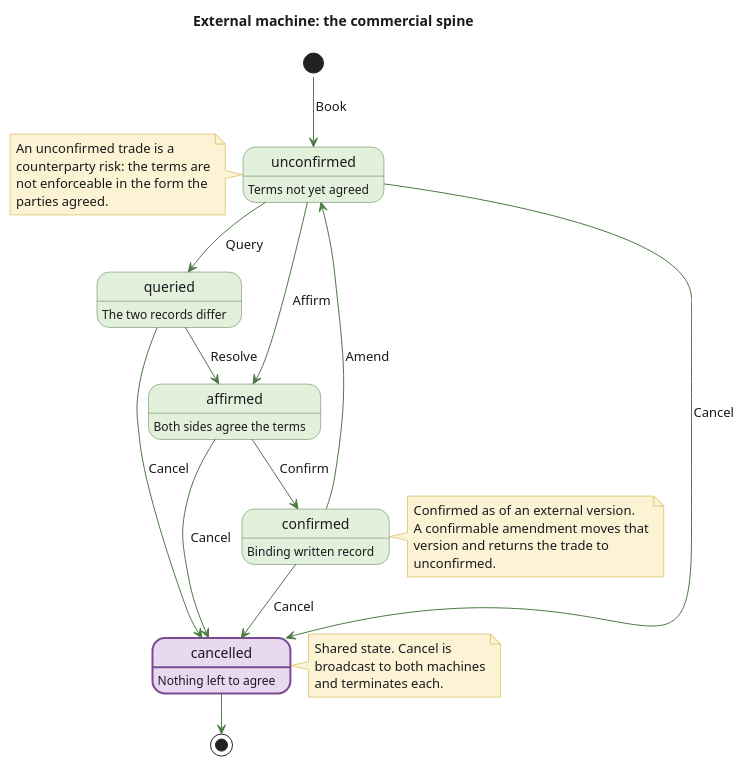
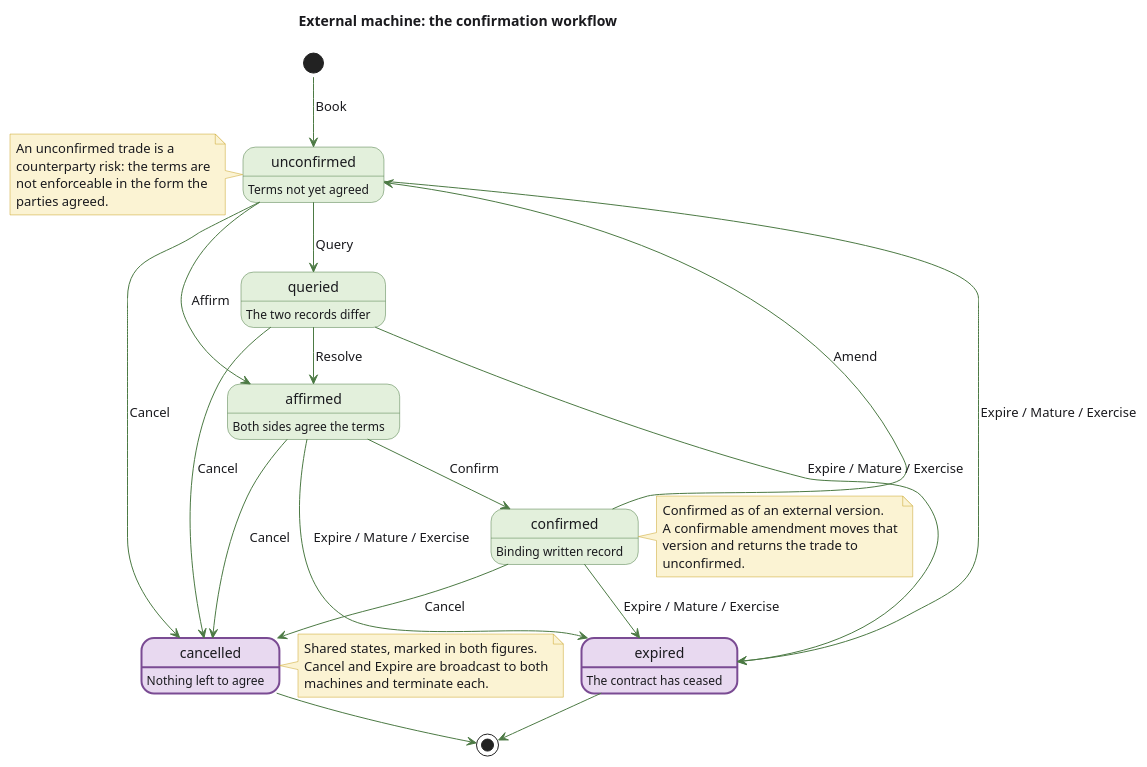
Before and after one commit to OreStudio/OreStudio: the diagram in doc/knowledge/domain/trade_lifecycle_external.puml, drawn with PlantUML. The commit also changed 7 other files, not shown here.

First line of the commit message:
[doc] Make a trade live before it is confirmed, and share expired

```diff
--- a/doc/knowledge/domain/trade_lifecycle_external.puml
+++ b/doc/knowledge/domain/trade_lifecycle_external.puml
@@ -18,68 +18,75 @@
 @startuml
 !pragma layout smetana
 
-title External machine: the commercial spine
+title External machine: the confirmation workflow
 
 skinparam state {
     BackgroundColor #E3F0DC
     BorderColor #4C7A44
     FontColor #1A1A1E
     AttributeFontColor #3A3A3E
     ArrowColor #4C7A44
     ArrowFontColor #1A1A1E
     StartColor #4C7A44
     EndColor #4C7A44
 }
 skinparam note {
     BackgroundColor #FBF3D3
     BorderColor #C9A227
     FontColor #1A1A1E
 }
 skinparam BackgroundColor white
 skinparam DefaultFontColor #1A1A1E
 
 state "unconfirmed" as Unconfirmed
 state "queried" as Queried
 state "affirmed" as Affirmed
 state "confirmed" as Confirmed
 state "cancelled" as Cancelled #E8D9F0 ##[bold]7A4B93
+state "expired" as Expired #E8D9F0 ##[bold]7A4B93
 
 Unconfirmed : Terms not yet agreed
 Queried : The two records differ
 Affirmed : Both sides agree the terms
 Confirmed : Binding written record
 Cancelled : Nothing left to agree
+Expired : The contract has ceased
 
 [*] --> Unconfirmed : Book
 Unconfirmed --> Affirmed : Affirm
 Unconfirmed --> Queried : Query
 Queried --> Affirmed : Resolve
 Affirmed --> Confirmed : Confirm
 Confirmed --> Unconfirmed : Amend
 Unconfirmed --> Cancelled : Cancel
 Queried --> Cancelled : Cancel
 Affirmed --> Cancelled : Cancel
 Confirmed --> Cancelled : Cancel
+Unconfirmed --> Expired : Expire / Mature / Exercise
+Queried --> Expired : Expire / Mature / Exercise
+Affirmed --> Expired : Expire / Mature / Exercise
+Confirmed --> Expired : Expire / Mature / Exercise
 Cancelled --> [*]
+Expired --> [*]
 
 note right of Confirmed
   Confirmed as of an external version.
   A confirmable amendment moves that
   version and returns the trade to
   unconfirmed.
 end note
 
 note left of Unconfirmed
   An unconfirmed trade is a
   counterparty risk: the terms are
   not enforceable in the form the
   parties agreed.
 end note
 
 note right of Cancelled
-  Shared state. Cancel is
-  broadcast to both machines
-  and terminates each.
+  Shared states, marked in both figures.
+  Cancel and Expire are broadcast to both
+  machines and terminate each.
 end note
 
 @enduml
```
